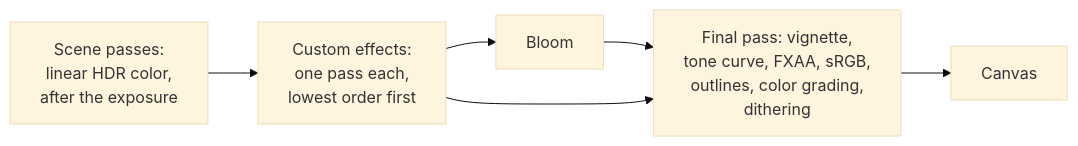
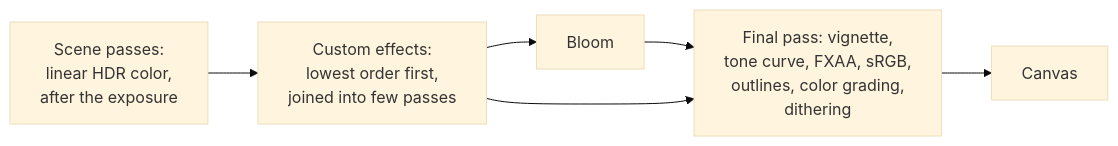
The diagram in docs/porting/threejs-postprocessing.md (null3d-engine/null3d), drawn with Mermaid (base theme) before and after one commit. The commit also changed other lines of this file and 79 other files, not shown here.

First line of the commit message:
feat(engine): join custom effects into fewer passes, and fold the last into the final pass (#408)

````diff
--- a/docs/porting/threejs-postprocessing.md
+++ b/docs/porting/threejs-postprocessing.md
@@ -15,8 +15,8 @@
 ```mermaid
 flowchart LR
-    scene["Scene passes:<br/>linear HDR color,<br/>after the exposure"] --> effects["Custom effects:<br/>one pass each,<br/>lowest order first"]
+    scene["Scene passes:<br/>linear HDR color,<br/>after the exposure"] --> effects["Custom effects:<br/>lowest order first,<br/>joined into few passes"]
     effects --> bloom["Bloom"]
     bloom --> final["Final pass: vignette,<br/>tone curve, FXAA, sRGB,<br/>outlines, color grading,<br/>dithering"]
     effects --> final
     final --> canvas["Canvas"]
 ```
````
